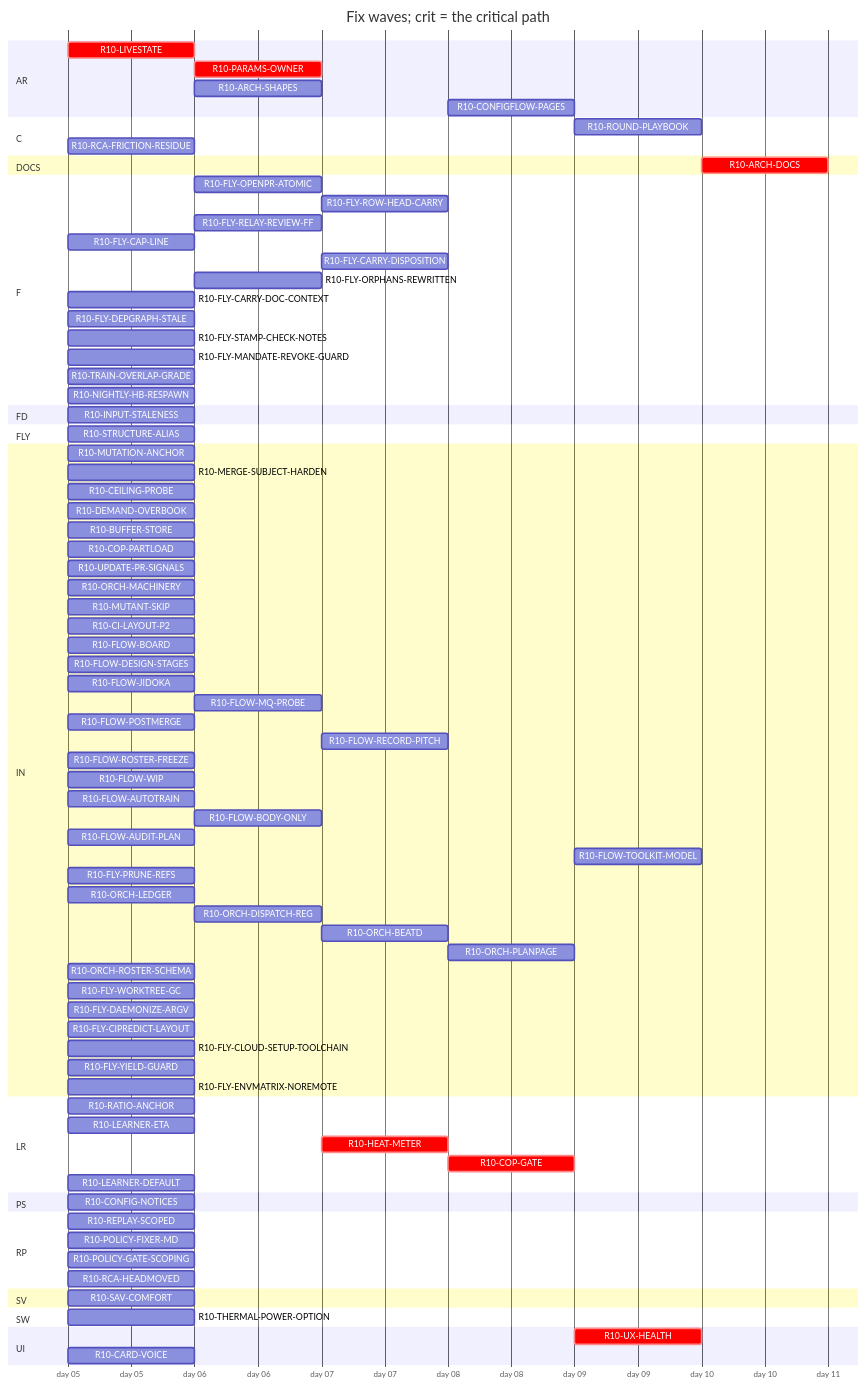
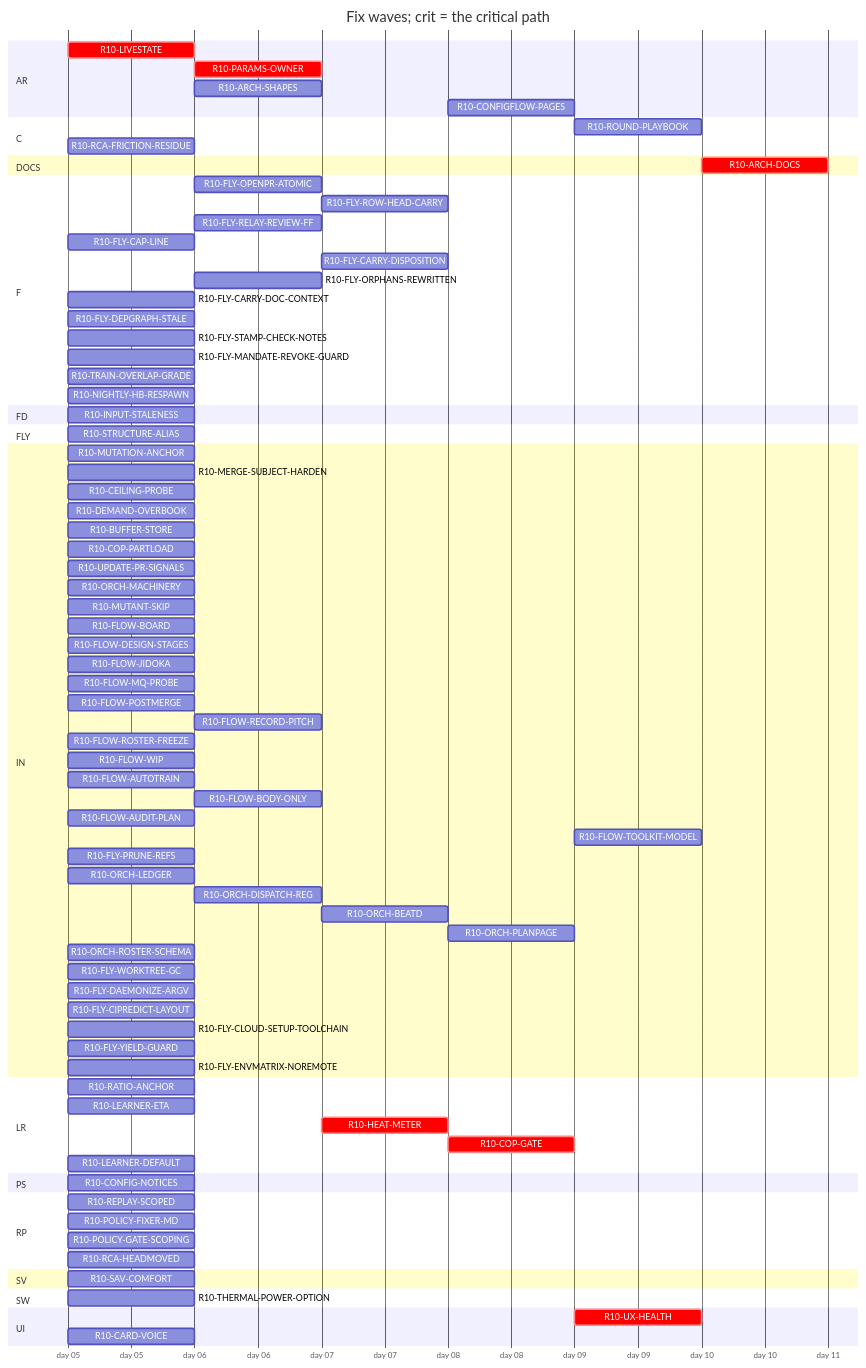
The diagram in handoff/round10/state/PLAN-TABLE.md (tvofi/heatpump_optimizer), drawn with Mermaid before and after one commit. The commit also changed other lines of this file and 2 other files, not shown here.

```diff
--- a/handoff/round10/state/PLAN-TABLE.md
+++ b/handoff/round10/state/PLAN-TABLE.md
@@ -34,13 +34,13 @@
     R10-ARCH-SHAPES :r10ARCHSHAPES, after r10LIVESTATE r10INPUTSTALENESS, 1d
     R10-CONFIGFLOW-PAGES :r10CONFIGFLOWPAGES, after r10HEATMETER, 1d
   section C
-    R10-ROUND-PLAYBOOK :r10ROUNDPLAYBOOK, after r10FLOWAUDITPLAN r10ORCHLEDGER r10ORCHDISPATCHREG r10ORCHBEATD r10ORCHPLANPAGE r10FLOWAUTOTRAIN r10CILAYOUTP2, 1d
+    R10-ROUND-PLAYBOOK :r10ROUNDPLAYBOOK, after r10FLOWAUDITPLAN r10ORCHLEDGER r10ORCHDISPATCHREG r10ORCHBEATD r10ORCHPLANPAGE r10FLOWAUTOTRAIN, 1d
     R10-RCA-FRICTION-RESIDUE :r10RCAFRICTIONRESIDUE, 2026-01-05, 1d
   section DOCS
     R10-ARCH-DOCS :crit, r10ARCHDOCS, after r10RATIOANCHOR r10INPUTSTALENESS r10LIVESTATE r10CONFIGNOTICES r10PARAMSOWNER r10ARCHSHAPES r10LEARNERETA r10HEATMETER r10COPGATE r10UXHEALTH r10CONFIGFLOWPAGES r10REPLAYSCOPED, 1d
   section F
     R10-FLY-OPENPR-ATOMIC :r10FLYOPENPRATOMIC, after r10UPDATEPRSIGNALS, 1d
-    R10-FLY-ROW-HEAD-CARRY :r10FLYROWHEADCARRY, after r10CILAYOUTP2 r10FLYOPENPRATOMIC, 1d
+    R10-FLY-ROW-HEAD-CARRY :r10FLYROWHEADCARRY, after r10FLYOPENPRATOMIC, 1d
     R10-FLY-RELAY-REVIEW-FF :r10FLYRELAYREVIEWFF, after r10UPDATEPRSIGNALS, 1d
     R10-FLY-CAP-LINE :r10FLYCAPLINE, 2026-01-05, 1d
     R10-FLY-CARRY-DISPOSITION :r10FLYCARRYDISPOSITION, after r10FLYORPHANSREWRITTEN, 1d
@@ -65,13 +65,12 @@
     R10-UPDATE-PR-SIGNALS :r10UPDATEPRSIGNALS, 2026-01-05, 1d
     R10-ORCH-MACHINERY :r10ORCHMACHINERY, 2026-01-05, 1d
     R10-MUTANT-SKIP :r10MUTANTSKIP, 2026-01-05, 1d
-    R10-CI-LAYOUT-P2 :r10CILAYOUTP2, 2026-01-05, 1d
     R10-FLOW-BOARD :r10FLOWBOARD, 2026-01-05, 1d
     R10-FLOW-DESIGN-STAGES :r10FLOWDESIGNSTAGES, 2026-01-05, 1d
     R10-FLOW-JIDOKA :r10FLOWJIDOKA, 2026-01-05, 1d
-    R10-FLOW-MQ-PROBE :r10FLOWMQPROBE, after r10CILAYOUTP2, 1d
+    R10-FLOW-MQ-PROBE :r10FLOWMQPROBE, 2026-01-05, 1d
     R10-FLOW-POSTMERGE :r10FLOWPOSTMERGE, 2026-01-05, 1d
-    R10-FLOW-RECORD-PITCH :r10FLOWRECORDPITCH, after r10CILAYOUTP2 r10FLOWMQPROBE, 1d
+    R10-FLOW-RECORD-PITCH :r10FLOWRECORDPITCH, after r10FLOWMQPROBE, 1d
     R10-FLOW-ROSTER-FREEZE :r10FLOWROSTERFREEZE, 2026-01-05, 1d
     R10-FLOW-WIP :r10FLOWWIP, 2026-01-05, 1d
     R10-FLOW-AUTOTRAIN :r10FLOWAUTOTRAIN, 2026-01-05, 1d
```
